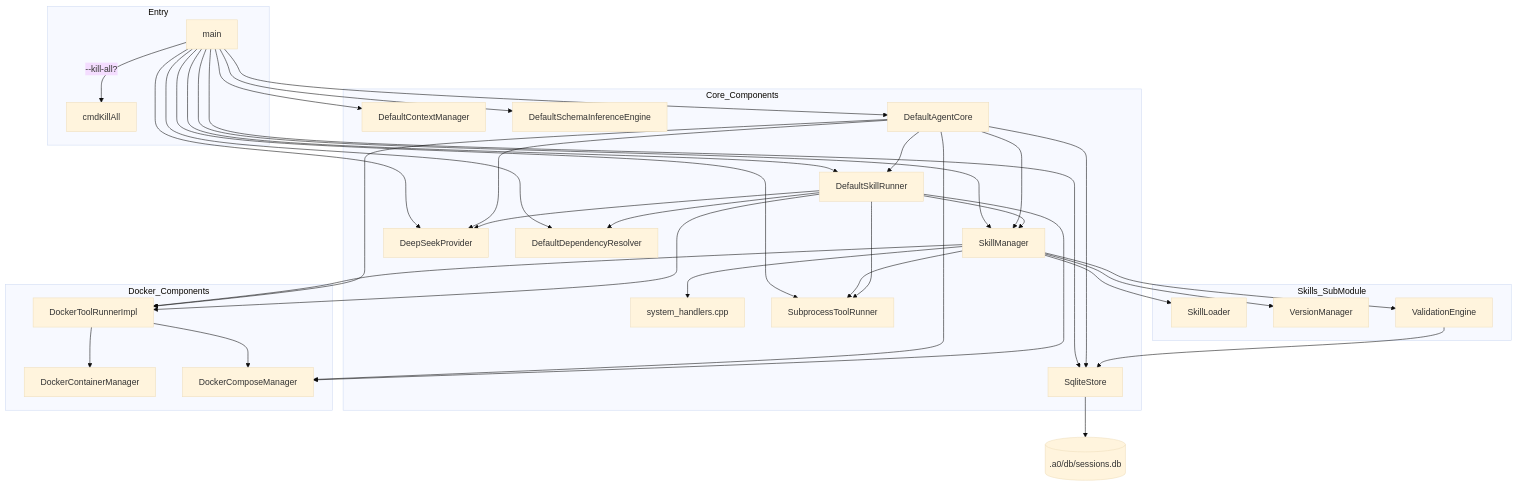
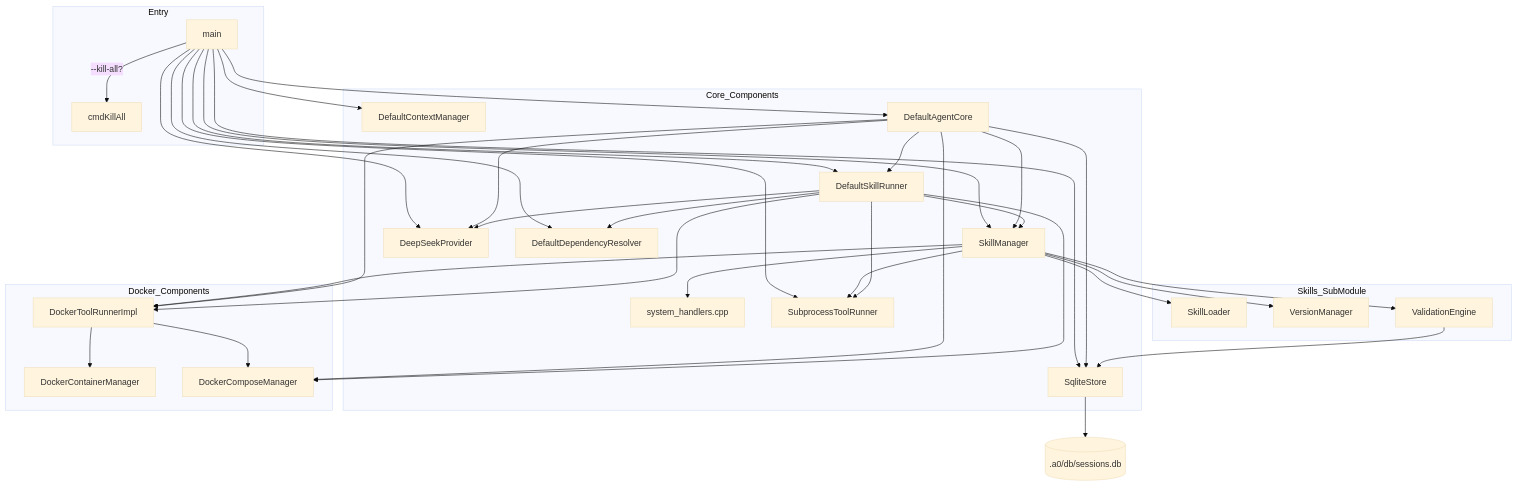
Before and after one commit to opensassi/a0: the first of 2 diagrams in src/main.spec.md, drawn with Mermaid (base theme). The commit also changed other lines of this file and 47 other files, not shown here.

Commit message:
2026-06-02-a0-architectural-cleanup-1777bba30ffexd2vQv21odnw8j

````diff
--- a/src/main.spec.md
+++ b/src/main.spec.md
@@ -102,69 +102,69 @@
 ```mermaid
 graph TB
     subgraph Entry
         M[main]
         KA[cmdKillAll]
     end
 
     subgraph Core_Components
         SM[SkillManager]
         HANDLERS[system_handlers.cpp]
         TR[SubprocessToolRunner]
         DP[DeepSeekProvider]
         CM[DefaultContextManager]
         PS[SqliteStore]
         DR[DefaultDependencyResolver]
-        IE[DefaultSchemaInferenceEngine]
+
         SR[DefaultSkillRunner]
         CORE[DefaultAgentCore]
     end
 
     subgraph Skills_SubModule
         SL[SkillLoader]
         VM[VersionManager]
         VE[ValidationEngine]
     end
 
     subgraph Docker_Components
         DCM[DockerContainerManager]
         DCoM[DockerComposeManager]
         DTR[DockerToolRunnerImpl]
     end
 
     M --> SM
     M --> TR
     M --> DP
     M --> CM
     M --> PS
     M --> DR
-    M --> IE
+
     M --> SR
     M --> CORE
     M -->|--kill-all?| KA
 
     SM --> HANDLERS
     SM --> SL
     SM --> VM
     SM --> VE
     SM --> TR
     SM --> DTR
 
     CORE --> SM
     CORE --> SR
     CORE --> DP
     CORE --> PS
     CORE --> DTR
     CORE --> DCoM
 
     SR --> SM
     SR --> TR
     SR --> DTR
     SR --> DCoM
     SR --> DP
     SR --> DR
 
     VE --> PS
     DTR --> DCM
     DTR --> DCoM
     PS --> DB[(.a0/db/sessions.db)]
 ```
````
